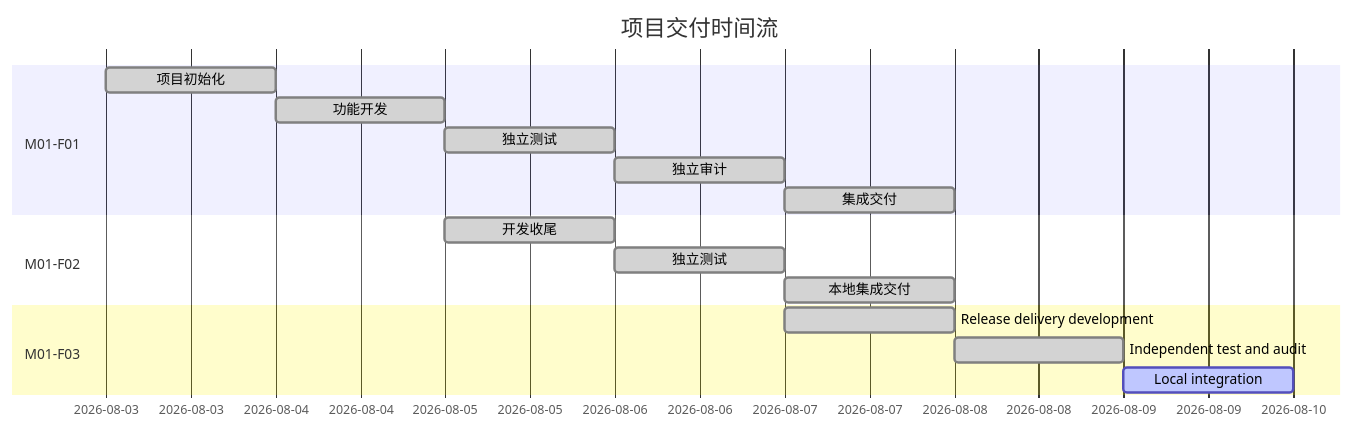
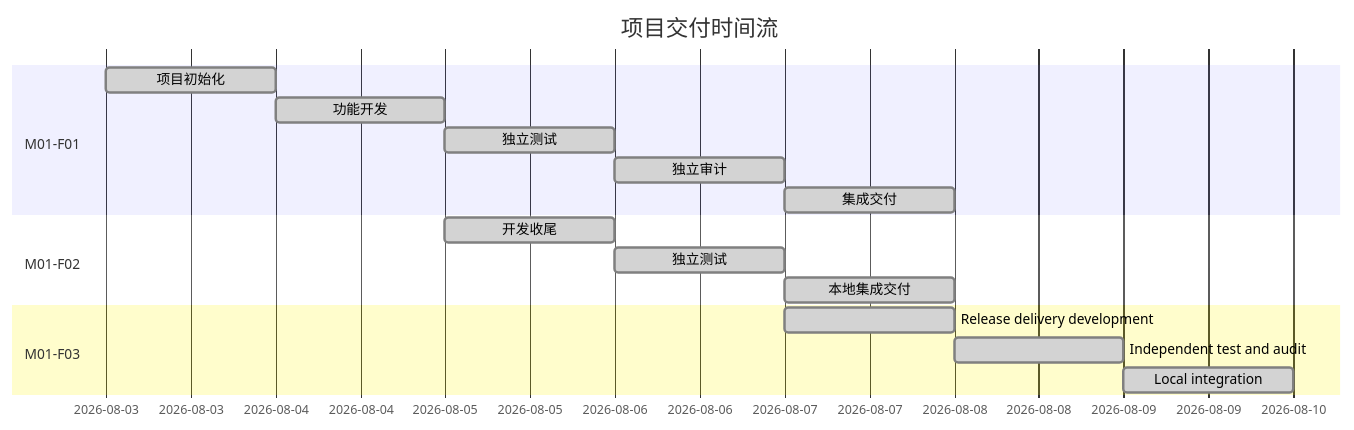
One commit to 23Lm-star/Calculator-Plugin changed the diagram in docs/ai-workflow/项目时间流.md. Above: the diagram before and after it, drawn with Mermaid. The commit also changed other lines of this file and 3 other files, not shown here.

Commit message:
docs(workflow): record release delivery local integration

````diff
--- a/docs/ai-workflow/项目时间流.md
+++ b/docs/ai-workflow/项目时间流.md
@@ -3,19 +3,19 @@
 ```mermaid
 gantt
     title 项目交付时间流
     dateFormat  YYYY-MM-DD
     section M01-F01
     项目初始化 :done, init, 2026-08-03, 1d
     功能开发 :done, dev, after init, 1d
     独立测试 :done, test, after dev, 1d
     独立审计 :done, audit, after test, 1d
     集成交付 :done, delivery, after audit, 1d
     section M01-F02
     开发收尾 :done, v11dev, 2026-08-05, 1d
     独立测试 :done, v11test, after v11dev, 1d
     本地集成交付 :done, v11integration, after v11test, 1d
     section M01-F03
     Release delivery development:done, releaseDev, 2026-08-07, 1d
     Independent test and audit :done, releaseTest, after releaseDev, 1d
-    Local integration :active, releaseIntegration, after releaseTest, 1d
+    Local integration :done, releaseIntegration, after releaseTest, 1d
 ```
````
